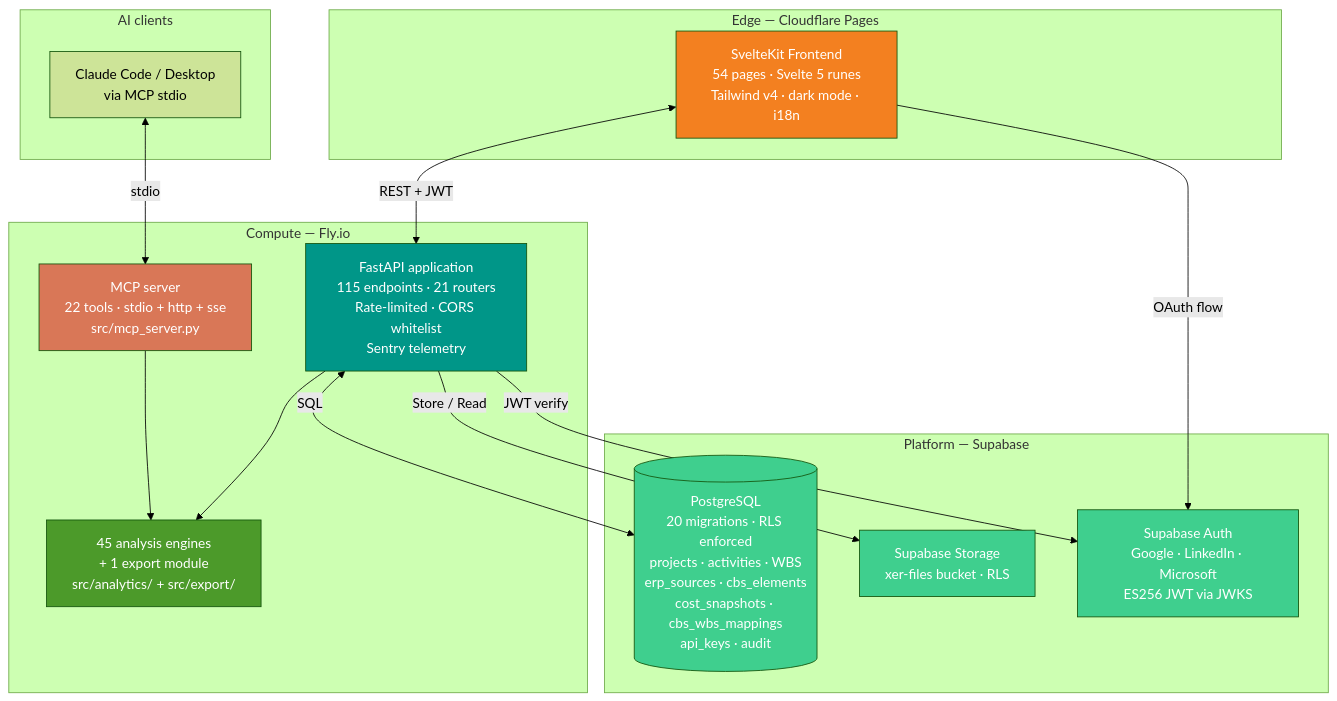
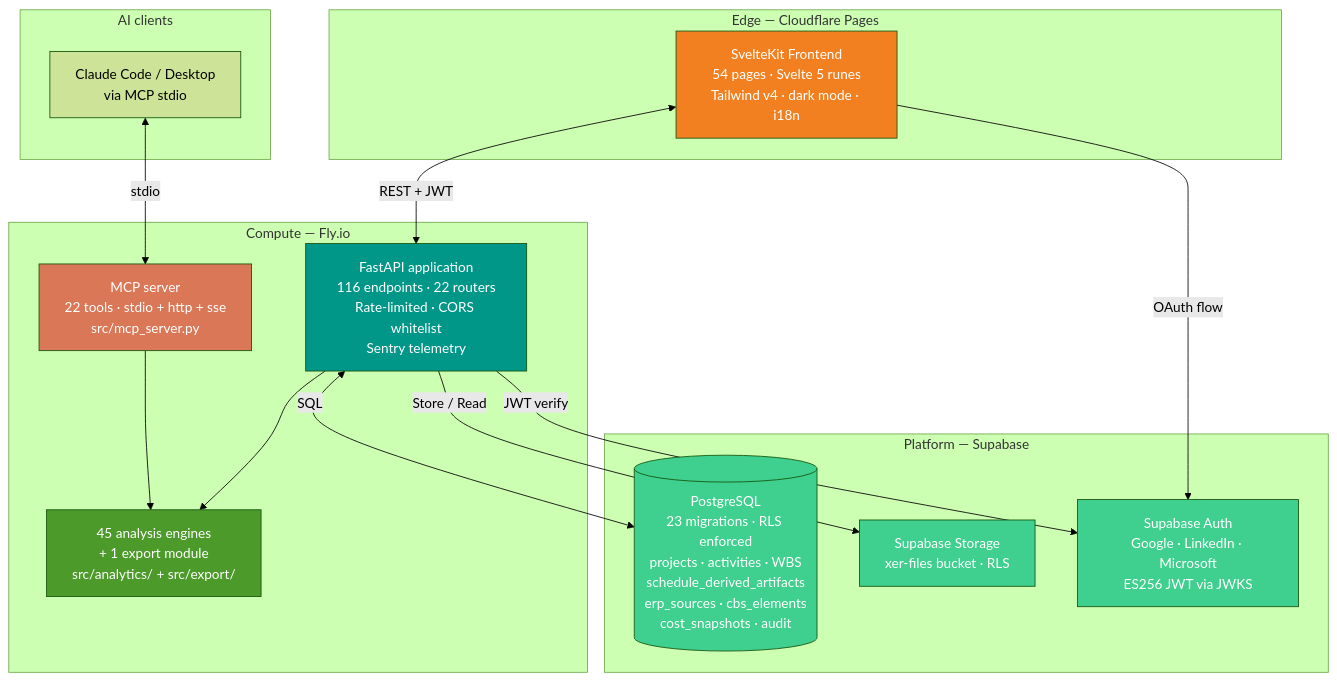
Before and after one commit to VitorMRodovalho/meridianiq: the first of 8 diagrams in docs/architecture.md, drawn with Mermaid (forest theme). The commit also changed other lines of this file and 2 other files, not shown here.

Commit message:
docs: regenerate catalogs for v4.0-dev (Wave 1 endpoint/migration counts)
Doc-sync check flagged stats drift after the Wave 1 push. Regenerated
the three canonical catalogs via scripts/generate_*.py; only
docs/api-reference.md had actual diffs (Wave 0 #7 added the jobs router
+ POST /api/v1/jobs/progress/start endpoint per ADR-0013). Propagated
the canonical counts to CLAUDE.md ## Architecture and docs/architecture.md
overview + mermaid subgraphs.

Deltas:
- endpoints: 115 → 116 (jobs progress-start)
- routers:    21 → 22  (jobs router added in W0 #7)
- migrations: 20 → 23  (021 + 022 + 023 applied in W0 #5 and W1)
- tests:      1148 → 1266 (collected; +78 from W0 + W1 combined)

The `## Version:` historical line in CLAUDE.md is intentionally left at
its v3.9.0 release snapshot — the stats-consistency check validates only
the `## Architecture` block and treats `Version:` as a frozen anchor.

````diff
--- a/docs/architecture.md
+++ b/docs/architecture.md
@@ -10,39 +10,39 @@
 ```mermaid
 graph TB
     subgraph "Edge — Cloudflare Pages"
         UI[SvelteKit Frontend<br/>54 pages · Svelte 5 runes<br/>Tailwind v4 · dark mode · i18n]
     end
 
     subgraph "Compute — Fly.io"
-        API[FastAPI application<br/>115 endpoints · 21 routers<br/>Rate-limited · CORS whitelist<br/>Sentry telemetry]
+        API[FastAPI application<br/>116 endpoints · 22 routers<br/>Rate-limited · CORS whitelist<br/>Sentry telemetry]
         ENGINES[45 analysis engines<br/>+ 1 export module<br/>src/analytics/ + src/export/]
         MCP[MCP server<br/>22 tools · stdio + http + sse<br/>src/mcp_server.py]
         API --> ENGINES
         MCP --> ENGINES
     end
 
     subgraph "Platform — Supabase"
         AUTH["Supabase Auth<br/>Google · LinkedIn · Microsoft<br/>ES256 JWT via JWKS"]
-        DB[("PostgreSQL<br/>20 migrations · RLS enforced<br/>projects · activities · WBS<br/>erp_sources · cbs_elements<br/>cost_snapshots · cbs_wbs_mappings<br/>api_keys · audit")]
+        DB[("PostgreSQL<br/>23 migrations · RLS enforced<br/>projects · activities · WBS<br/>schedule_derived_artifacts<br/>erp_sources · cbs_elements<br/>cost_snapshots · audit")]
         STORAGE["Supabase Storage<br/>xer-files bucket · RLS"]
     end
 
     subgraph "AI clients"
         CLAUDE[Claude Code / Desktop<br/>via MCP stdio]
     end
 
     UI <-->|REST + JWT| API
     CLAUDE <-->|stdio| MCP
     API <-->|SQL| DB
     API -->|Store / Read| STORAGE
     API -->|JWT verify| AUTH
     UI -->|OAuth flow| AUTH
 
     style UI fill:#F38020,color:#fff
     style API fill:#009688,color:#fff
     style ENGINES fill:#4C9A2A,color:#fff
     style MCP fill:#D97757,color:#fff
     style DB fill:#3FCF8E,color:#fff
     style AUTH fill:#3FCF8E,color:#fff
     style STORAGE fill:#3FCF8E,color:#fff
 ```
````
